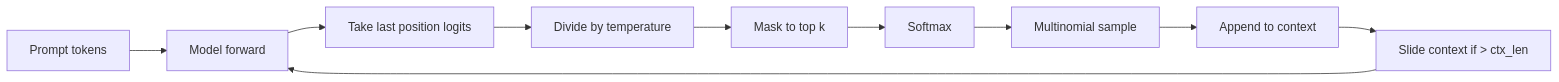
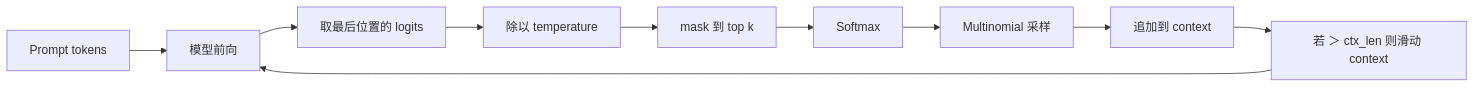
Before and after one commit to JerryC8080/ai-engineering-from-scratch-zh: the second of 2 diagrams in phases/19-capstone-projects/35-gpt-model-assembly/docs/zh.md, drawn with Mermaid. The commit also changed other lines of this file and 156 other files, not shown here.

First line of the commit message:
i18n(zh): translate mermaid diagram labels in 157 lesson zh.md

````diff
--- a/phases/19-capstone-projects/35-gpt-model-assembly/docs/zh.md
+++ b/phases/19-capstone-projects/35-gpt-model-assembly/docs/zh.md
@@ -59,12 +59,12 @@
 ```mermaid
 flowchart LR
-  P[Prompt tokens] --> M[Model forward]
-  M --> Last[Take last position logits]
-  Last --> T[Divide by temperature]
-  T --> K[Mask to top k]
+  P[Prompt tokens] --> M[模型前向]
+  M --> Last[取最后位置的 logits]
+  Last --> T[除以 temperature]
+  T --> K[mask 到 top k]
   K --> S[Softmax]
-  S --> MN[Multinomial sample]
-  MN --> A[Append to context]
-  A --> Slide[Slide context if > ctx_len]
+  S --> MN[Multinomial 采样]
+  MN --> A[追加到 context]
+  A --> Slide[若 ＞ ctx_len 则滑动 context]
   Slide --> M
 ```
````
